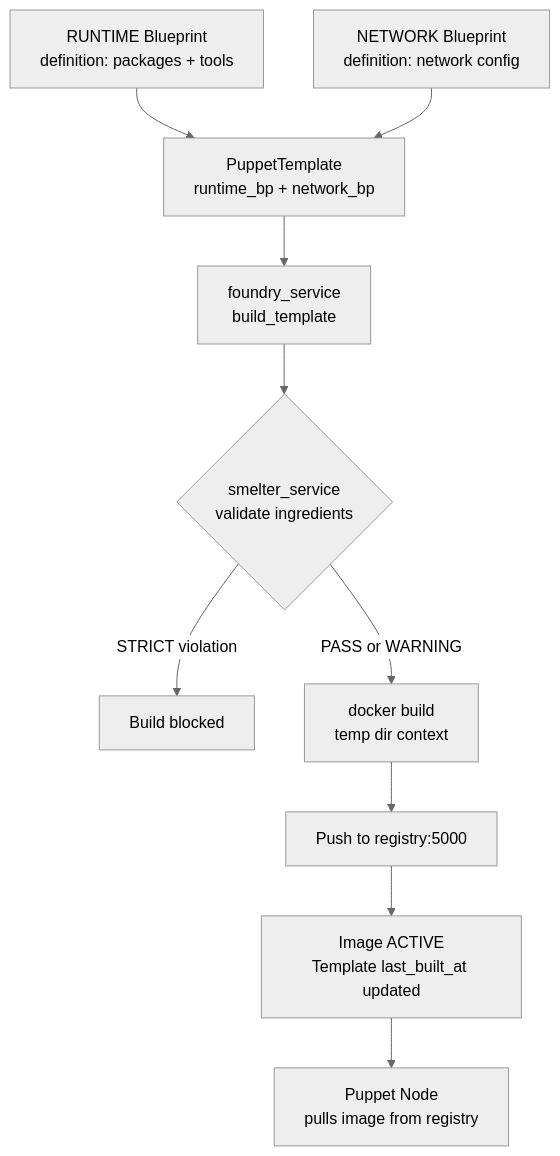
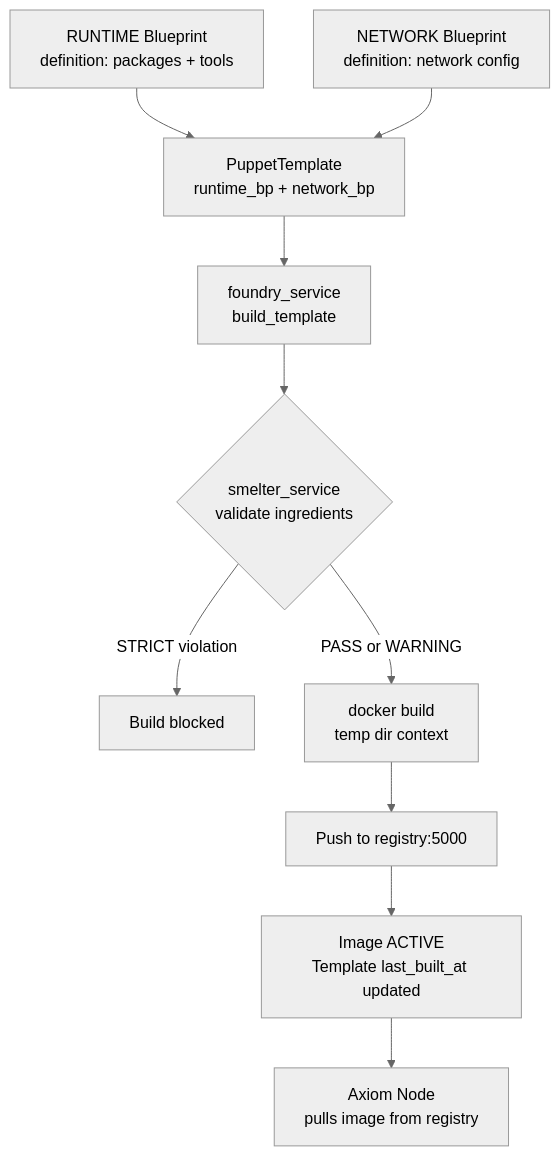
The sixth of 7 diagrams in docs/docs/developer/architecture.md (axiom-laboratories/axiom), drawn with Mermaid (neutral theme) before and after one commit. The commit also changed other lines of this file and 5 other files, not shown here.

````diff
--- a/docs/docs/developer/architecture.md
+++ b/docs/docs/developer/architecture.md
@@ -452,12 +452,12 @@
 ```mermaid
 flowchart TD
     BPRINT_R[RUNTIME Blueprint\ndefinition: packages + tools] --> TPL[PuppetTemplate\nruntime_bp + network_bp]
     BPRINT_N[NETWORK Blueprint\ndefinition: network config] --> TPL
     TPL --> FOUNDRY[foundry_service\nbuild_template]
     FOUNDRY --> SMELTER{smelter_service\nvalidate ingredients}
     SMELTER -->|STRICT violation| FAIL[Build blocked]
     SMELTER -->|PASS or WARNING| BUILD[docker build\ntemp dir context]
     BUILD --> PUSH[Push to registry:5000]
     PUSH --> ACTIVE[Image ACTIVE\nTemplate last_built_at updated]
-    ACTIVE --> NODE[Puppet Node\npulls image from registry]
+    ACTIVE --> NODE[Axiom Node\npulls image from registry]
 ```
````
